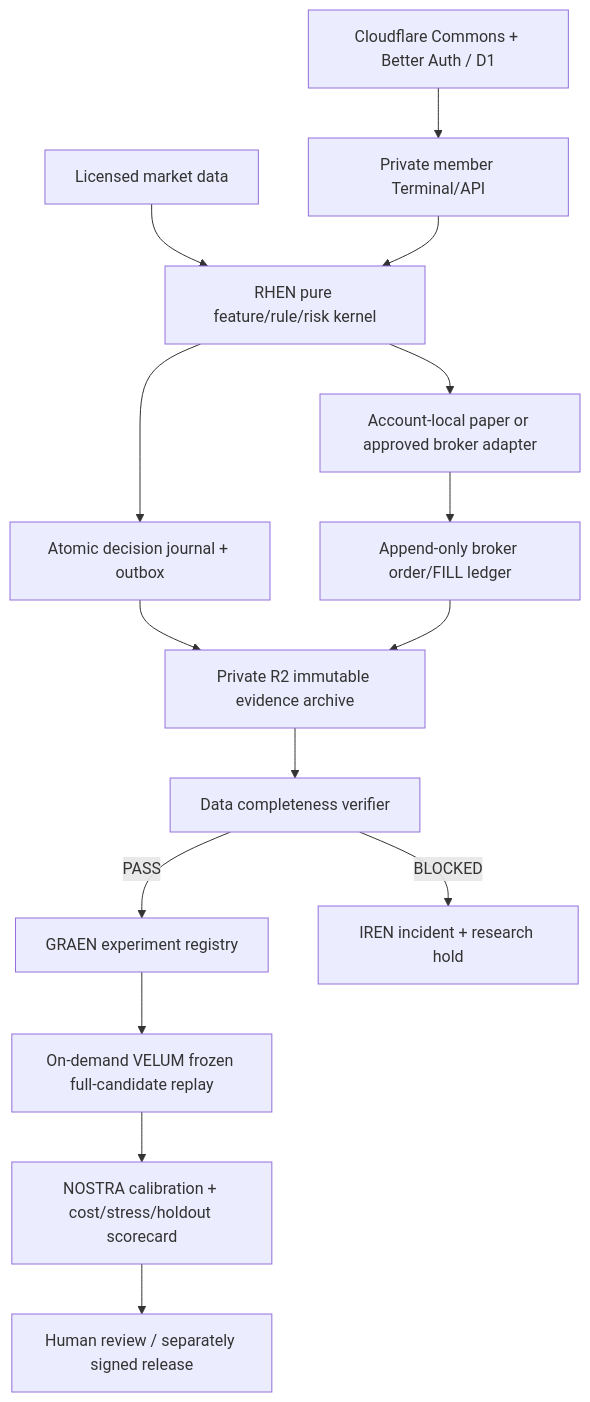
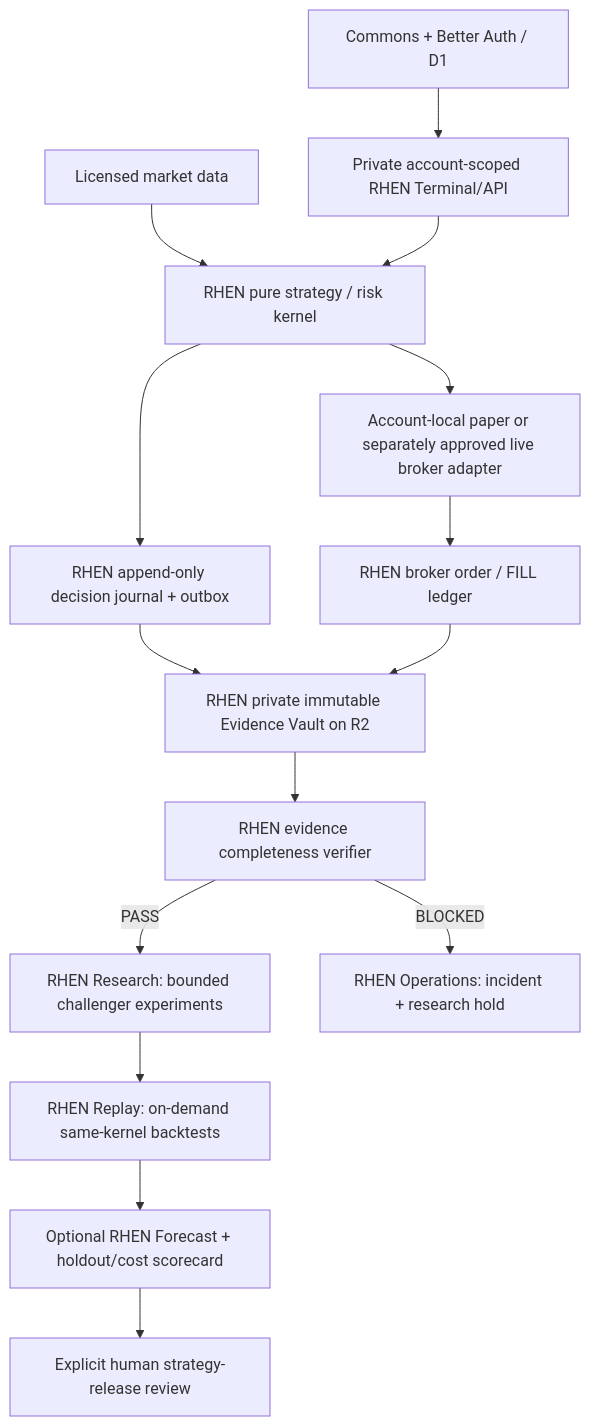
Before and after one commit to anevum/alpaca-trader: the diagram in docs/architecture/2026-10-09-anevum-vnext-greenfield.md, drawn with Mermaid. The commit also changed other lines of this file, not shown here.

Commit message:
docs(v5): simplify locked Foundation to integrated RHEN; postpone IREN

````diff
--- a/docs/architecture/2026-10-09-anevum-vnext-greenfield.md
+++ b/docs/architecture/2026-10-09-anevum-vnext-greenfield.md
@@ -27,17 +32,17 @@
 ```mermaid
 flowchart TB
- A[Licensed market data] --> B[RHEN pure feature/rule/risk kernel]
- B --> C[Account-local paper or approved broker adapter]
- B --> D[Atomic decision journal + outbox]
- C --> E[Append-only broker order/FILL ledger]
- D --> F[Private R2 immutable evidence archive]
+ A[Licensed market data] --> B[RHEN pure strategy / risk kernel]
+ B --> C[Account-local paper or separately approved live broker adapter]
+ B --> D[RHEN append-only decision journal + outbox]
+ C --> E[RHEN broker order / FILL ledger]
+ D --> F[RHEN private immutable Evidence Vault on R2]
  E --> F
- F --> G[Data completeness verifier]
- G -->|PASS| H[GRAEN experiment registry]
- G -->|BLOCKED| I[IREN incident + research hold]
- H --> J[On-demand VELUM frozen full-candidate replay]
- J --> K[NOSTRA calibration + cost/stress/holdout scorecard]
- K --> L[Human review / separately signed release]
- M[Cloudflare Commons + Better Auth / D1] --> N[Private member Terminal/API]
+ F --> G[RHEN evidence completeness verifier]
+ G -->|PASS| H[RHEN Research: bounded challenger experiments]
+ G -->|BLOCKED| I[RHEN Operations: incident + research hold]
+ H --> J[RHEN Replay: on-demand same-kernel backtests]
+ J --> K[Optional RHEN Forecast + holdout/cost scorecard]
+ K --> L[Explicit human strategy-release review]
+ M[Commons + Better Auth / D1] --> N[Private account-scoped RHEN Terminal/API]
  N --> B
 ```
````
